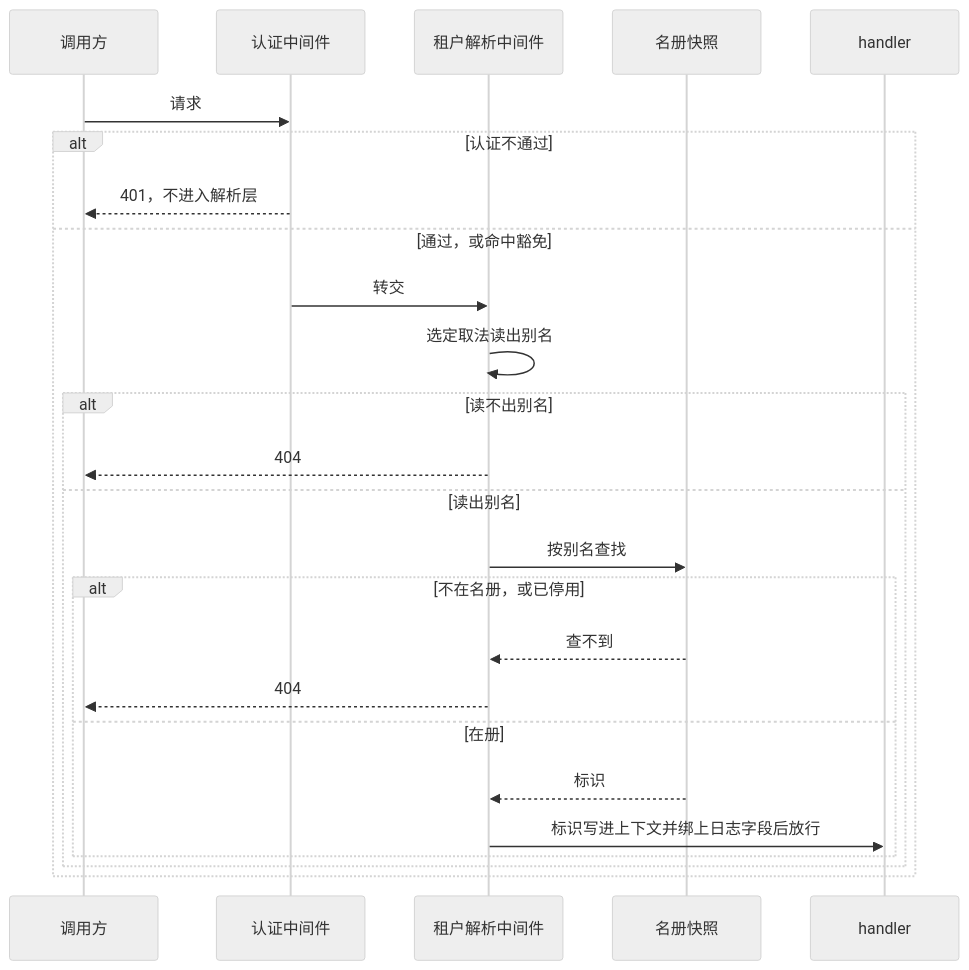
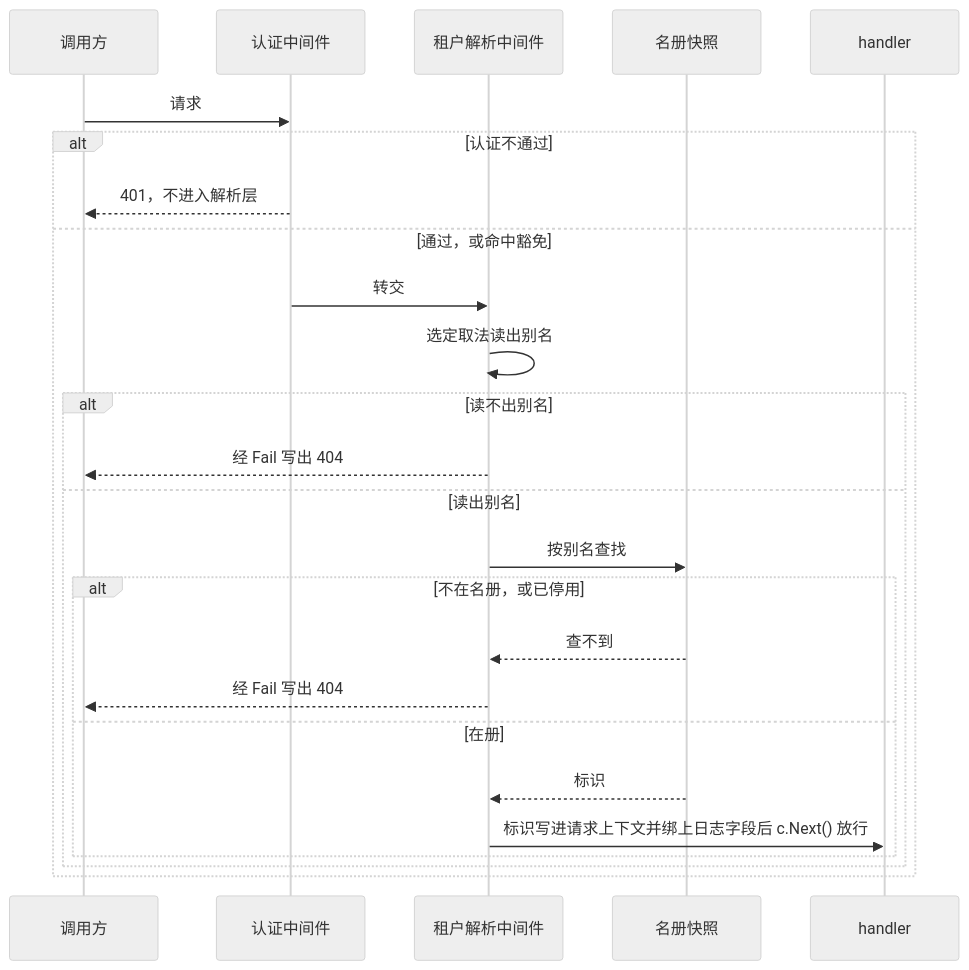
The second of 4 diagrams in docs/design/modules/design-tenant.md (wangzw/speed), drawn with Mermaid (neutral theme) before and after one commit. The commit also changed other lines of this file and 21 other files, not shown here.

````diff
--- a/docs/design/modules/design-tenant.md
+++ b/docs/design/modules/design-tenant.md
@@ -412,28 +412,28 @@
 ```mermaid
 sequenceDiagram
     participant C as 调用方
     participant A as 认证中间件
     participant R as 租户解析中间件
     participant S as 名册快照
     participant H as handler
 
     C->>A: 请求
     alt 认证不通过
         A-->>C: 401，不进入解析层
     else 通过，或命中豁免
         A->>R: 转交
         R->>R: 选定取法读出别名
         alt 读不出别名
-            R-->>C: 404
+            R-->>C: 经 Fail 写出 404
         else 读出别名
             R->>S: 按别名查找
             alt 不在名册，或已停用
                 S-->>R: 查不到
-                R-->>C: 404
+                R-->>C: 经 Fail 写出 404
             else 在册
                 S-->>R: 标识
-                R->>H: 标识写进上下文并绑上日志字段后放行
+                R->>H: 标识写进请求上下文并绑上日志字段后 c.Next() 放行
             end
         end
     end
 ```
````
